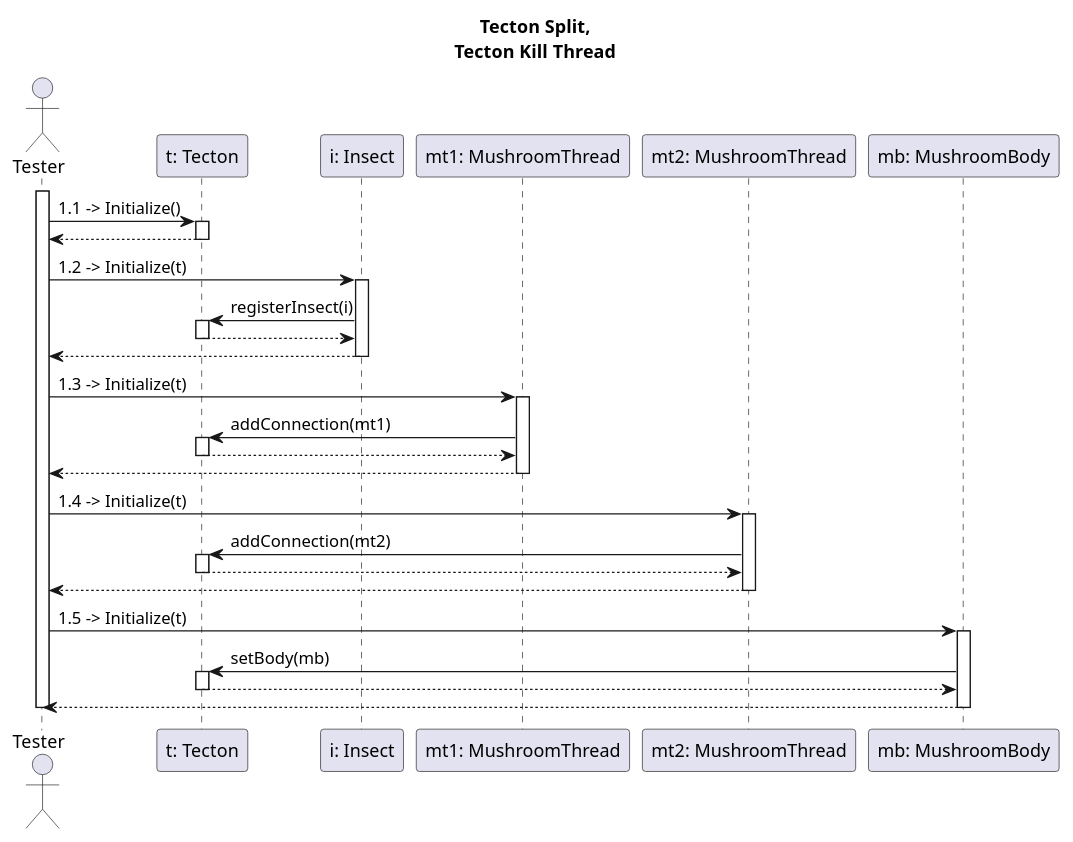
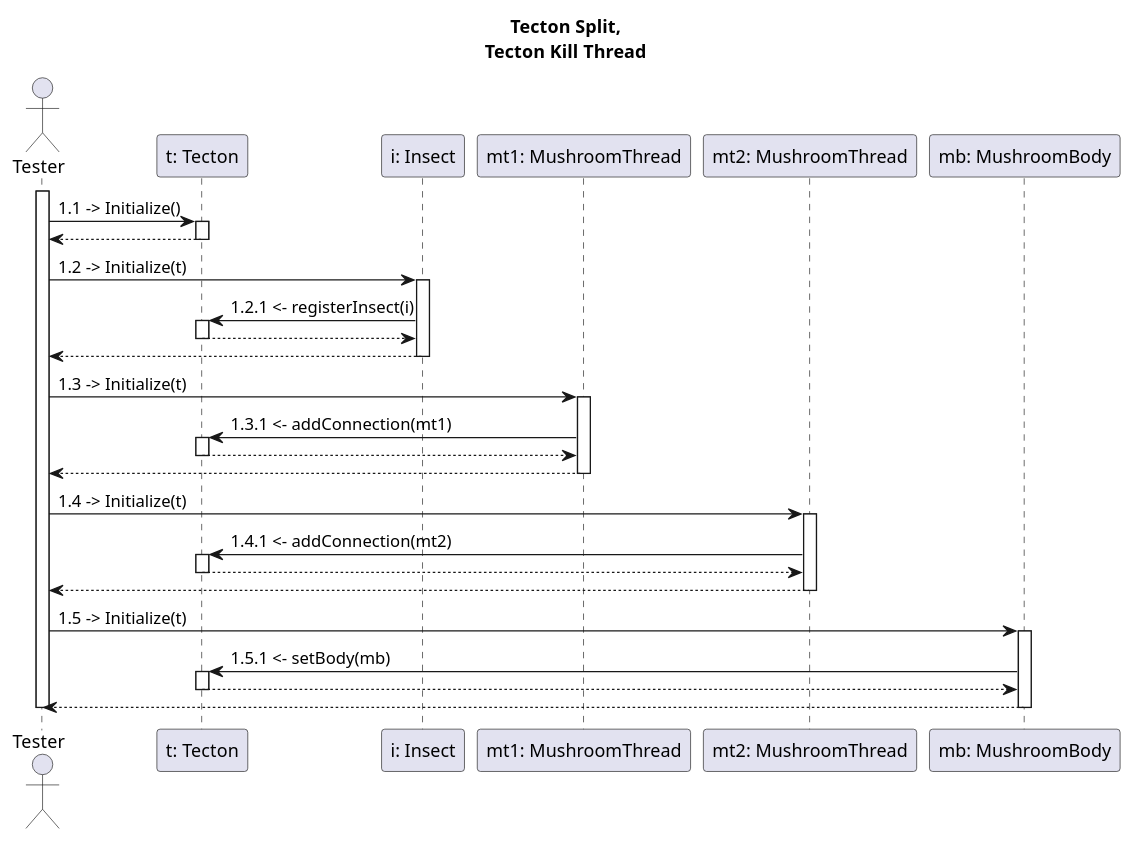
One commit to dzsem/projlab changed the diagram in diagrams/communication/tecton1.puml. Above: the diagram before and after it, drawn with PlantUML.

Commit message:
fixed numbering in tecton1.puml

```diff
--- a/diagrams/communication/tecton1.puml
+++ b/diagrams/communication/tecton1.puml
@@ -6,81 +6,59 @@
 @startuml communicationTecton1
 
 title Tecton Split,\nTecton Kill Thread
 
 actor "Tester" as ts
 participant "t: Tecton" as t
 participant "i: Insect" as i
 participant "mt1: MushroomThread" as mt1
 participant "mt2: MushroomThread" as mt2
 participant "mb: MushroomBody" as mb
 
 ' inicializálások
 
 activate ts
 
 ts -> t: 1.1 -> Initialize()
 activate t
 ts <-- t
 deactivate t
 
 ts -> i: 1.2 -> Initialize(t)
 activate i
-i -> t: registerInsect(i)
+i -> t: 1.2.1 <- registerInsect(i)
 activate t
 i <-- t
 deactivate t
 ts <-- i
 deactivate i
 
 ts -> mt1: 1.3 -> Initialize(t)
 activate mt1
-mt1 -> t: addConnection(mt1)
+mt1 -> t: 1.3.1 <- addConnection(mt1)
 activate t
 mt1 <-- t
 deactivate t
 ts <-- mt1
 deactivate mt1
 
 ts -> mt2: 1.4 -> Initialize(t)
 activate mt2
-mt2 -> t: addConnection(mt2)
+mt2 -> t: 1.4.1 <- addConnection(mt2)
 activate t
 mt2 <-- t
 deactivate t
 ts <-- mt2
 deactivate mt2
 
 ts -> mb: 1.5 -> Initialize(t)
 activate mb
-mb -> t: setBody(mb)
+mb -> t: 1.5.1 <- setBody(mb)
 activate t
 mb <-- t
 deactivate t
 ts <-- mb
 deactivate mb
 
-' tecton setup
-
-' ts -> t: 2.1 -> addConnection(mt1)
-' activate t
-' ts <-- t
-' deactivate t
-
-' ts -> t: 2.2 -> addConnection(mt2)
-' activate t
-' ts <-- t
-' deactivate t
-
-' ts -> t: 2.3 -> registerInsect(i)
-' activate t
-' ts <-- t
-' deactivate t
-
-' ts -> t: 2.4 -> setBody(mb)
-' activate t
-' ts <-- t
-' deactivate t
-
 deactivate ts
 
 @enduml
```
